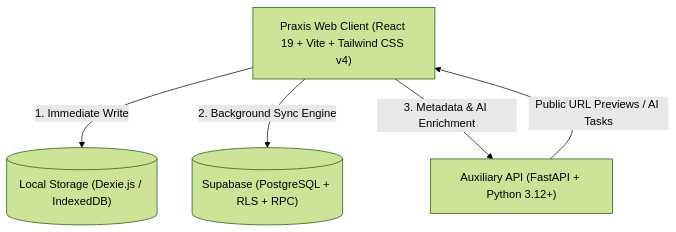
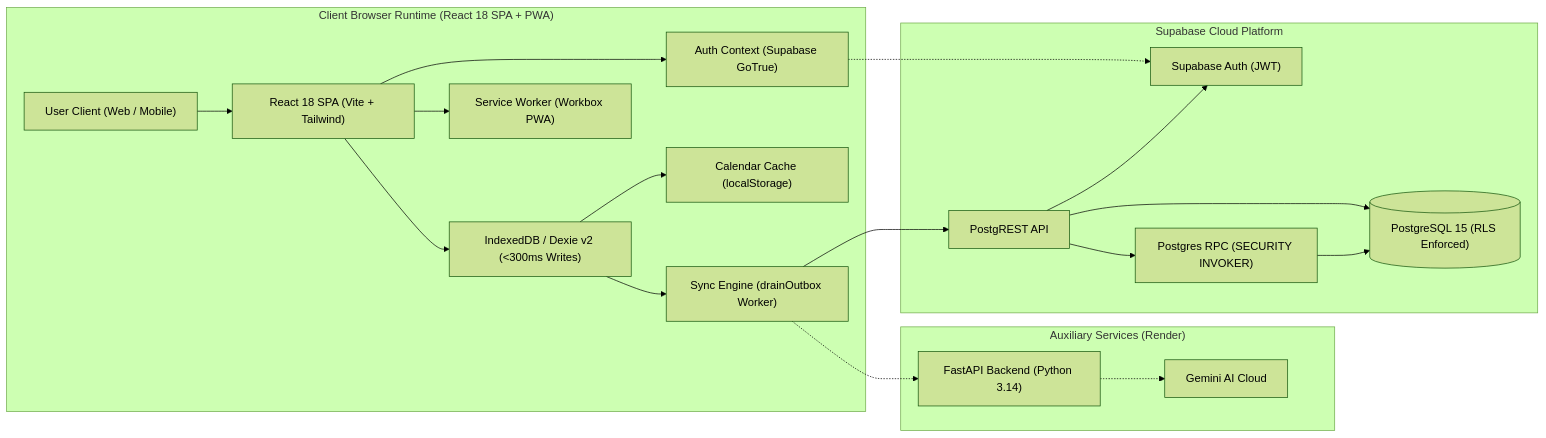
One commit to Rohitdare/Praxis changed the diagram in README.md. Above: the diagram before and after it, drawn with Mermaid (forest theme). The commit also changed other lines of this file and 1 other file, not shown here.

Commit message:
docs: overhaul README with enterprise architecture, QA metrics, and security guarantees

````diff
--- a/README.md
+++ b/README.md
@@ -82,12 +111,25 @@
 ```mermaid
-graph TD
-    Client["Praxis Web Client (React 19 + Vite + Tailwind CSS v4)"]
-    LocalDB[("Local Storage (Dexie.js / IndexedDB)")]
-    Supabase[("Supabase (PostgreSQL + RLS + RPC)")]
-    Backend["Auxiliary API (FastAPI + Python 3.12+)"]
+graph LR
+    subgraph Client["Client Browser Runtime (React 18 SPA + PWA)"]
+        User["User Client (Web / Mobile)"] --> SPA["React 18 SPA (Vite + Tailwind)"]
+        SPA --> Auth["Auth Context (Supabase GoTrue)"]
+        SPA --> SW["Service Worker (Workbox PWA)"]
+        SPA --> DB["IndexedDB / Dexie v2 (<300ms Writes)"]
+        DB --> CalCache["Calendar Cache (localStorage)"]
+        DB --> Sync["Sync Engine (drainOutbox Worker)"]
+    end
 
-    Client -->|1. Immediate Write| LocalDB
-    Client -->|2. Background Sync Engine| Supabase
-    Client -->|3. Metadata & AI Enrichment| Backend
-    Backend -->|Public URL Previews / AI Tasks| Client
+    subgraph Cloud["Supabase Cloud Platform"]
+        Auth -.-> SupaAuth["Supabase Auth (JWT)"]
+        Sync --> PostgREST["PostgREST API"]
+        PostgREST --> SupaAuth
+        PostgREST --> PG[("PostgreSQL 15 (RLS Enforced)")]
+        PostgREST --> RPC["Postgres RPC (SECURITY INVOKER)"]
+        RPC --> PG
+    end
+
+    subgraph Auxiliary["Auxiliary Services (Render)"]
+        Sync -.-> FastAPI["FastAPI Backend (Python 3.14)"]
+        FastAPI -.-> Gemini["Gemini AI Cloud"]
+    end
 ```
````
